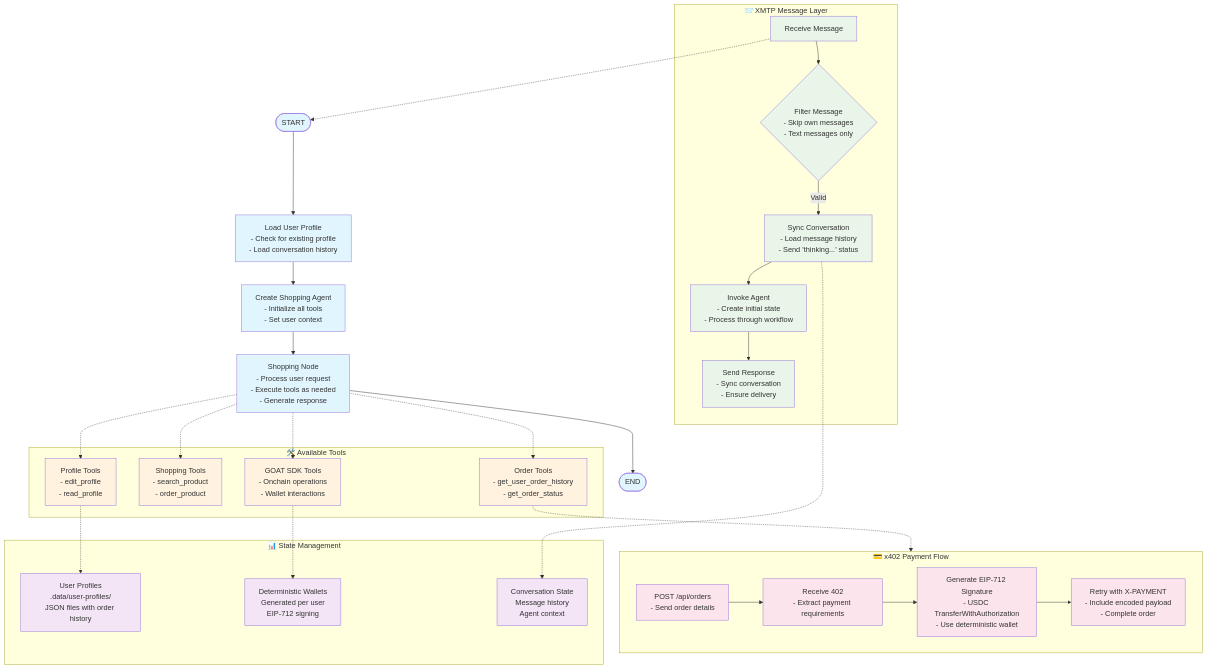
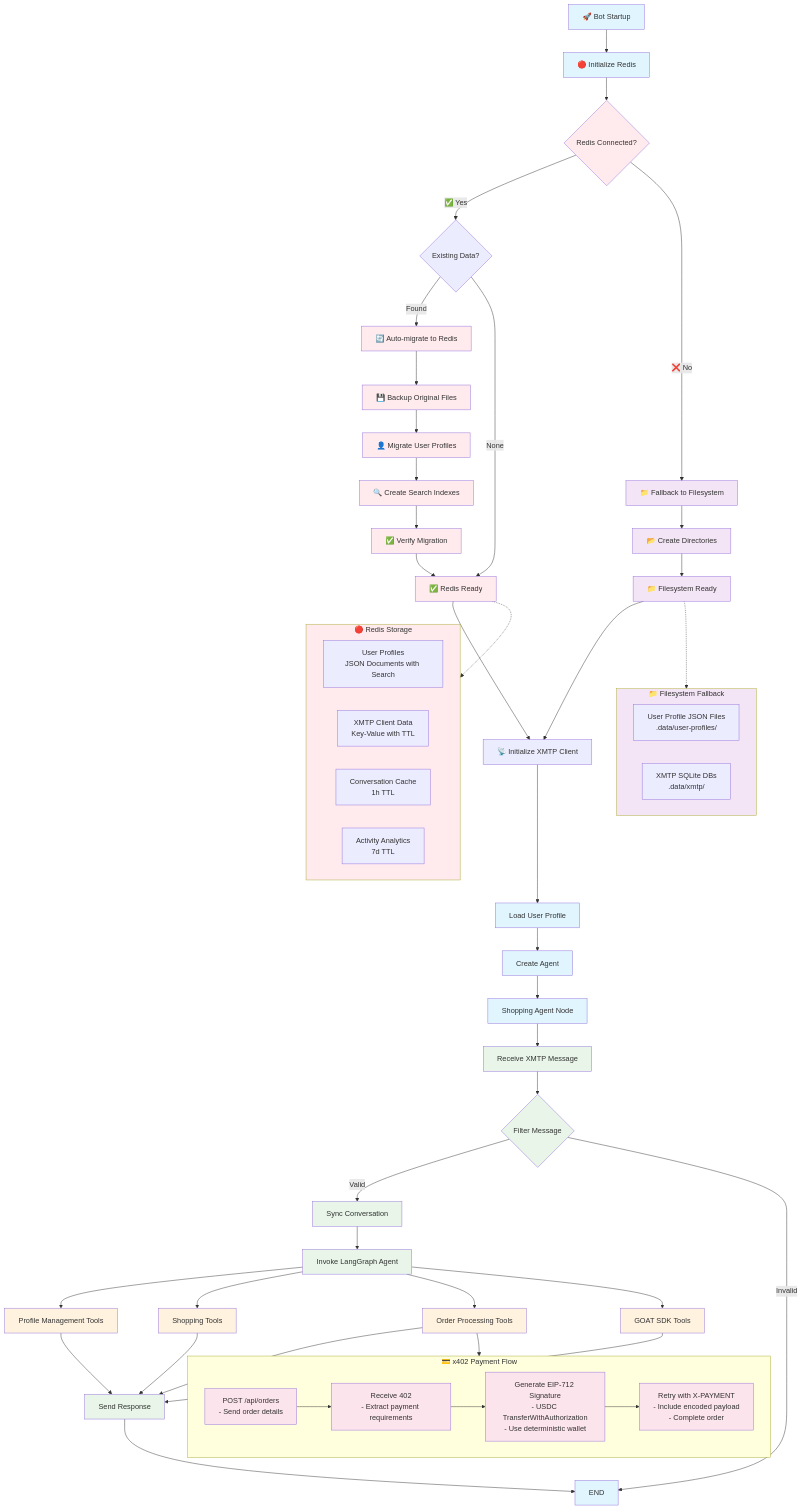
One commit to Crossmint/worldstore-agent changed the diagram in xmtp-agent/README.md. Above: the diagram before and after it, drawn with Mermaid. The commit also changed other lines of this file and 16 other files, not shown here.

````diff
--- a/xmtp-agent/README.md
+++ b/xmtp-agent/README.md
@@ -37,31 +107,44 @@
 ```mermaid
 graph TD
-    %% Main Message Flow
-    START([START]) --> load_profile[Load User Profile<br/>- Check for existing profile<br/>- Load conversation history]
+    START["🚀 Bot Startup"] --> REDIS_INIT["🔴 Initialize Redis"]
+    REDIS_INIT --> REDIS_CHECK{Redis Connected?}
 
-    load_profile --> create_agent[Create Shopping Agent<br/>- Initialize all tools<br/>- Set user context]
+    REDIS_CHECK -->|✅ Yes| DATA_CHECK{Existing Data?}
+    REDIS_CHECK -->|❌ No| FILESYSTEM_FALLBACK["📁 Fallback to Filesystem"]
 
-    create_agent --> shopping_node[Shopping Node<br/>- Process user request<br/>- Execute tools as needed<br/>- Generate response]
+    DATA_CHECK -->|Found| AUTO_MIGRATE["🔄 Auto-migrate to Redis"]
+    DATA_CHECK -->|None| REDIS_READY["✅ Redis Ready"]
 
-    shopping_node --> END([END])
+    AUTO_MIGRATE --> BACKUP["💾 Backup Original Files"]
+    BACKUP --> MIGRATE_PROFILES["👤 Migrate User Profiles"]
+    MIGRATE_PROFILES --> CREATE_INDEXES["🔍 Create Search Indexes"]
+    CREATE_INDEXES --> VERIFY["✅ Verify Migration"]
+    VERIFY --> REDIS_READY
 
-    %% XMTP Message Layer
-    subgraph XMTP_Layer ["📨 XMTP Message Layer"]
-        message_receive[Receive Message] --> message_filter{Filter Message<br/>- Skip own messages<br/>- Text messages only}
-        message_filter -->|Valid| sync_conversation[Sync Conversation<br/>- Load message history<br/>- Send 'thinking...' status]
-        sync_conversation --> invoke_agent[Invoke Agent<br/>- Create initial state<br/>- Process through workflow]
-        invoke_agent --> send_response[Send Response<br/>- Sync conversation<br/>- Ensure delivery]
-    end
+    FILESYSTEM_FALLBACK --> CREATE_DIRS["📂 Create Directories"]
+    CREATE_DIRS --> FILESYSTEM_READY["📁 Filesystem Ready"]
 
-    %% Tools Available to Agent
-    subgraph Tools ["🛠️ Available Tools"]
-        profile_tools[Profile Tools<br/>- edit_profile<br/>- read_profile]
-        shopping_tools[Shopping Tools<br/>- search_product<br/>- order_product]
-        order_tools[Order Tools<br/>- get_user_order_history<br/>- get_order_status]
-        goat_tools[GOAT SDK Tools<br/>- Onchain operations<br/>- Wallet interactions]
-    end
+    REDIS_READY --> INIT_XMTP["📡 Initialize XMTP Client"]
+    FILESYSTEM_READY --> INIT_XMTP
 
-    %% X402 Payment Flow (triggered by order_product)
+    INIT_XMTP --> load_profile[Load User Profile]
+    load_profile --> create_agent[Create Agent]
+    create_agent --> shopping_node[Shopping Agent Node]
+
+    shopping_node --> message_receive[Receive XMTP Message]
+    message_receive --> message_filter{Filter Message}
+    message_filter -->|Valid| sync_conversation[Sync Conversation]
+    message_filter -->|Invalid| END
+
+    sync_conversation --> invoke_agent[Invoke LangGraph Agent]
+
+    invoke_agent --> profile_tools[Profile Management Tools]
+    invoke_agent --> shopping_tools[Shopping Tools]
+    invoke_agent --> order_tools[Order Processing Tools]
+    invoke_agent --> goat_tools[GOAT SDK Tools]
+
+    order_tools --> X402_Flow
+
     subgraph X402_Flow ["💳 x402 Payment Flow"]
         initial_request[POST /api/orders<br/>- Send order details]
         payment_required[Receive 402<br/>- Extract payment requirements]
@@ -73,34 +156,41 @@
         generate_signature --> retry_payment
     end
 
-    %% State Management
-    subgraph State ["📊 State Management"]
-        user_profiles[User Profiles<br/>.data/user-profiles/<br/>JSON files with order history]
-        deterministic_wallets[Deterministic Wallets<br/>Generated per user<br/>EIP-712 signing]
-        conversation_state[Conversation State<br/>Message history<br/>Agent context]
+    profile_tools --> send_response[Send Response]
+    shopping_tools --> send_response
+    order_tools --> send_response
+    goat_tools --> send_response
+
+    send_response --> END
+
+    %% Storage Integration
+    subgraph Redis_Storage ["🔴 Redis Storage"]
+        user_profiles_redis[User Profiles<br/>JSON Documents with Search]
+        xmtp_data_redis[XMTP Client Data<br/>Key-Value with TTL]
+        conversation_cache[Conversation Cache<br/>1h TTL]
+        activity_tracking[Activity Analytics<br/>7d TTL]
     end
 
-    %% Connections
-    message_receive -.-> START
-    shopping_node -.-> profile_tools
-    shopping_node -.-> shopping_tools
-    shopping_node -.-> order_tools
-    shopping_node -.-> goat_tools
-    order_tools -.-> X402_Flow
-    profile_tools -.-> user_profiles
-    goat_tools -.-> deterministic_wallets
-    sync_conversation -.-> conversation_state
+    subgraph Filesystem_Storage ["📁 Filesystem Fallback"]
+        user_profiles_fs[User Profile JSON Files<br/>.data/user-profiles/]
+        xmtp_data_fs[XMTP SQLite DBs<br/>.data/xmtp/]
+    end
+
+    REDIS_READY -.-> Redis_Storage
+    FILESYSTEM_READY -.-> Filesystem_Storage
 
     %% Styling
     classDef mainFlow fill:#e1f5fe
     classDef xmtpFlow fill:#e8f5e8
     classDef toolsFlow fill:#fff3e0
     classDef paymentFlow fill:#fce4ec
-    classDef stateFlow fill:#f3e5f5
+    classDef redisFlow fill:#ffebee
+    classDef filesystemFlow fill:#f3e5f5
 
-    class START,load_profile,create_agent,shopping_node,END mainFlow
+    class START,REDIS_INIT,load_profile,create_agent,shopping_node,END mainFlow
     class message_receive,message_filter,sync_conversation,invoke_agent,send_response xmtpFlow
     class profile_tools,shopping_tools,order_tools,goat_tools toolsFlow
     class initial_request,payment_required,generate_signature,retry_payment paymentFlow
-    class user_profiles,deterministic_wallets,conversation_state stateFlow
+    class REDIS_CHECK,AUTO_MIGRATE,BACKUP,MIGRATE_PROFILES,CREATE_INDEXES,VERIFY,REDIS_READY,Redis_Storage redisFlow
+    class FILESYSTEM_FALLBACK,CREATE_DIRS,FILESYSTEM_READY,Filesystem_Storage filesystemFlow
 ```
````
